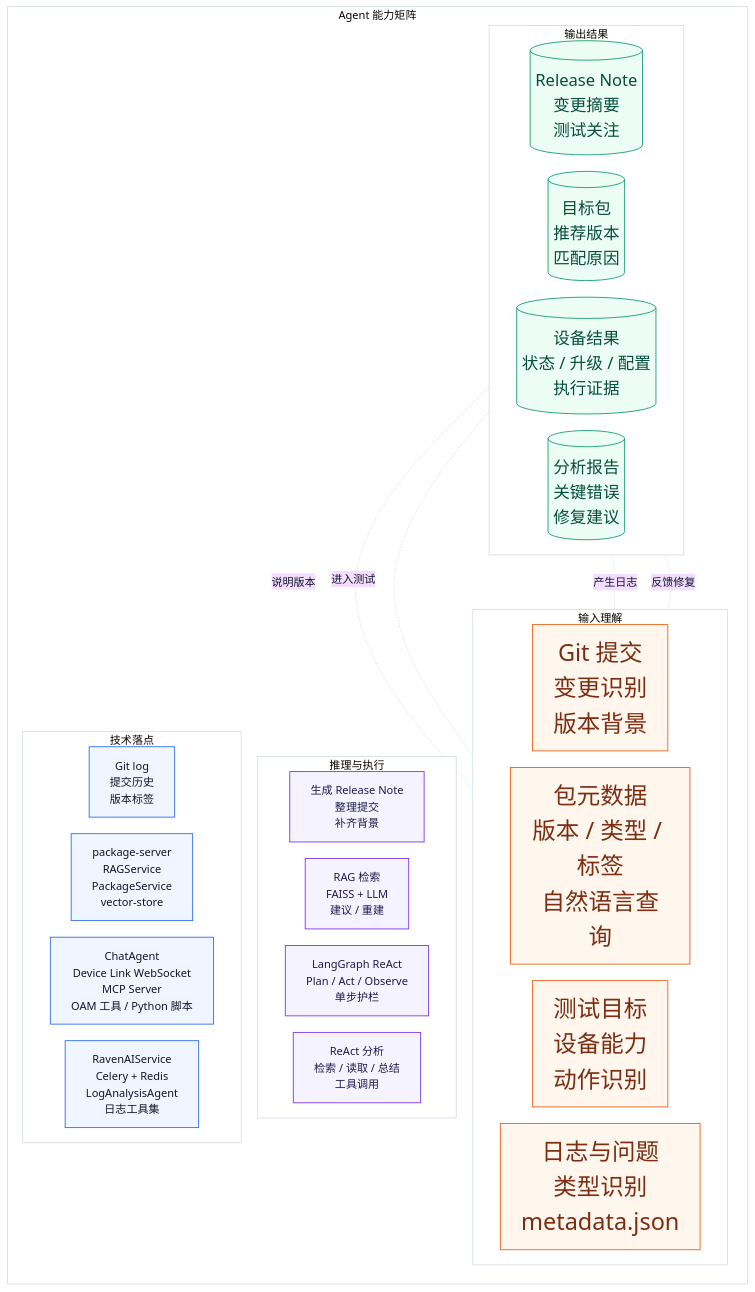
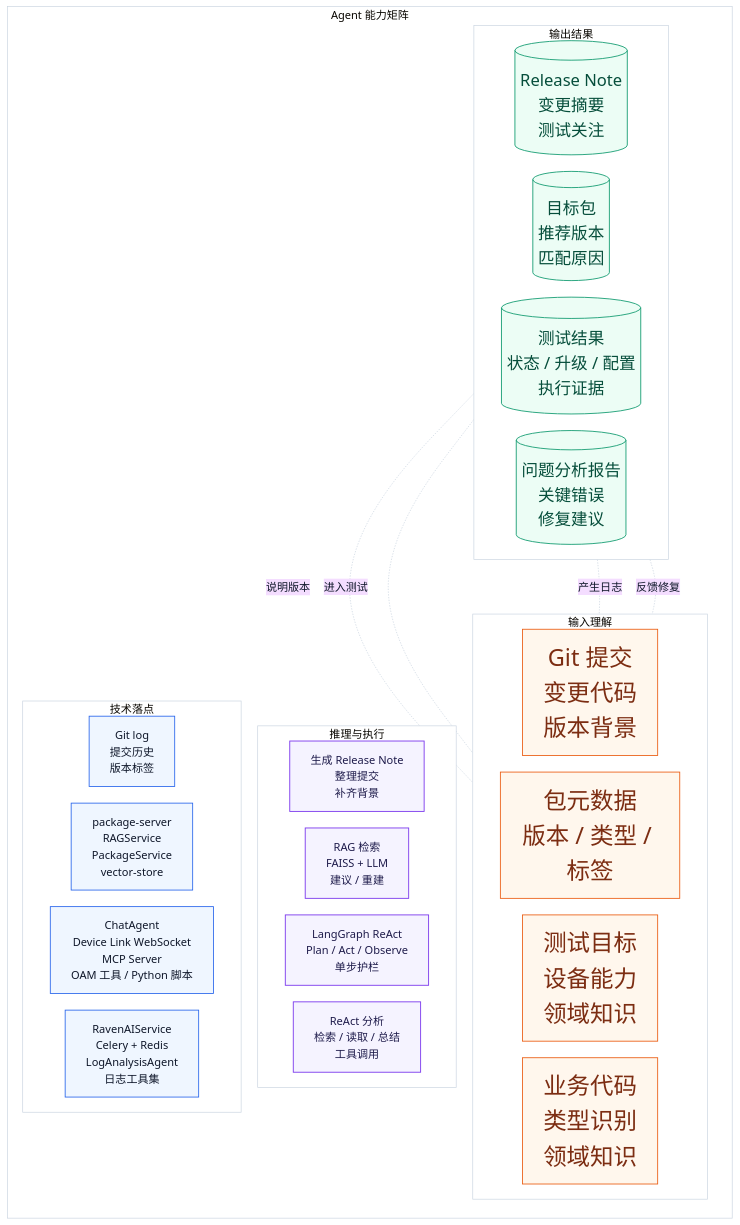
Before and after one commit to visiontrail/RavenAI: the fourth of 4 diagrams in README.zh.md, drawn with Mermaid.

Commit message:
chore: update flowchart terminology for clarity in README.zh.md

````diff
--- a/README.zh.md
+++ b/README.zh.md
@@ -151,70 +151,70 @@
 ```mermaid
 %% 建议导出画布：1200x900 或 1600x1200，4:3
 %% 主题：RavenAI 的 Agent 能力架构
 %%{init: {"theme": "base", "flowchart": {"htmlLabels": true, "nodeSpacing": 24, "rankSpacing": 30, "curve": "basis"}, "themeVariables": {"fontFamily": "Arial, Microsoft YaHei", "primaryTextColor": "#0F172A", "lineColor": "#CBD5E1", "clusterBkg": "#FFFFFF", "clusterBorder": "#CBD5E1"}}}%%
 
 flowchart TB
 
 subgraph M["Agent 能力矩阵"]
 direction TB
 
   subgraph R1["输入理解"]
   direction LR
-    A1["Git 提交<br/>变更识别<br/>版本背景"]
-    A2["包元数据<br/>版本 / 类型 / 标签<br/>自然语言查询"]
-    A3["测试目标<br/>设备能力<br/>动作识别"]
-    A4["日志与问题<br/>类型识别<br/>metadata.json"]
+    A1["Git 提交<br/>变更代码<br/>版本背景"]
+    A2["包元数据<br/>版本 / 类型 / 标签"]
+    A3["测试目标<br/>设备能力<br/>领域知识"]
+    A4["业务代码<br/>类型识别<br/>领域知识"]
   end
 
   subgraph R2["推理与执行"]
   direction LR
     B1["生成 Release Note<br/>整理提交<br/>补齐背景"]
     B2["RAG 检索<br/>FAISS + LLM<br/>建议 / 重建"]
     B3["LangGraph ReAct<br/>Plan / Act / Observe<br/>单步护栏"]
     B4["ReAct 分析<br/>检索 / 读取 / 总结<br/>工具调用"]
   end
 
   subgraph R3["技术落点"]
   direction LR
     C1["Git log<br/>提交历史<br/>版本标签"]
     C2["package-server<br/>RAGService<br/>PackageService<br/>vector-store"]
     C3["ChatAgent<br/>Device Link WebSocket<br/>MCP Server<br/>OAM 工具 / Python 脚本"]
     C4["RavenAIService<br/>Celery + Redis<br/>LogAnalysisAgent<br/>日志工具集"]
   end
 
   subgraph R4["输出结果"]
   direction LR
     D1[("Release Note<br/>变更摘要<br/>测试关注")]
     D2[("目标包<br/>推荐版本<br/>匹配原因")]
-    D3[("设备结果<br/>状态 / 升级 / 配置<br/>执行证据")]
-    D4[("分析报告<br/>关键错误<br/>修复建议")]
+    D3[("测试结果<br/>状态 / 升级 / 配置<br/>执行证据")]
+    D4[("问题分析报告<br/>关键错误<br/>修复建议")]
   end
 
 end
 
-D1 -. "说明版本" .- A2
-D2 -. "进入测试" .- A3
-D3 -. "产生日志" .- A4
-D4 -. "反馈修复" .- A1
+D1 -. "说明版本" .- A1
+D2 -. "进入测试" .- A2
+D3 -. "产生日志" .- A3
+D4 -. "反馈修复" .- A4
 
 classDef head fill:#312E81,stroke:#312E81,stroke-width:1.2px,color:#FFFFFF;
 classDef input fill:#FFF7ED,stroke:#EA580C,stroke-width:1.2px,color:#7C2D12;
 classDef agent fill:#F5F3FF,stroke:#7C3AED,stroke-width:1.3px,color:#1E1B4B;
 classDef tech fill:#EFF6FF,stroke:#2563EB,stroke-width:1.2px,color:#0F172A;
 classDef output fill:#ECFDF5,stroke:#059669,stroke-width:1.2px,color:#064E3B;
 
 class H1,H2,H3,H4 head;
 class A1,A2,A3,A4 input;
 class B1,B2,B3,B4 agent;
 class C1,C2,C3,C4 tech;
 class D1,D2,D3,D4 output;
 
 style A1 font-size:34px
 style A2 font-size:34px
 style A3 font-size:34px
 style A4 font-size:34px
 style D1 font-size:24px
 style D2 font-size:24px
 style D3 font-size:24px
 style D4 font-size:24px
 ```
````
